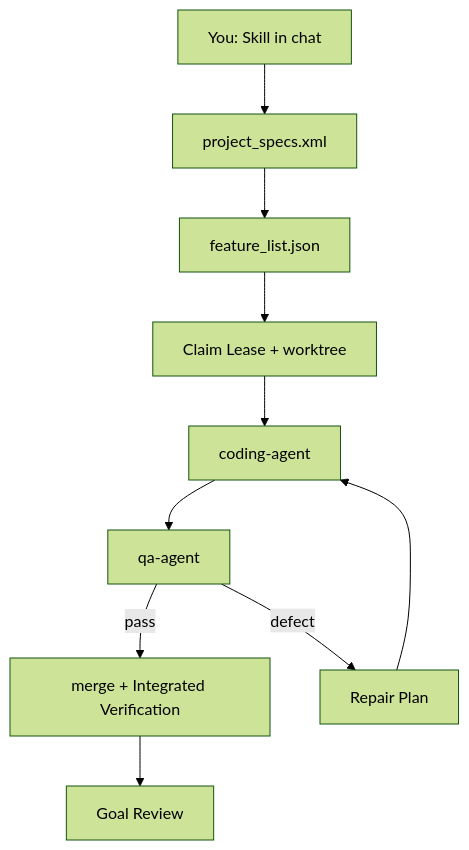
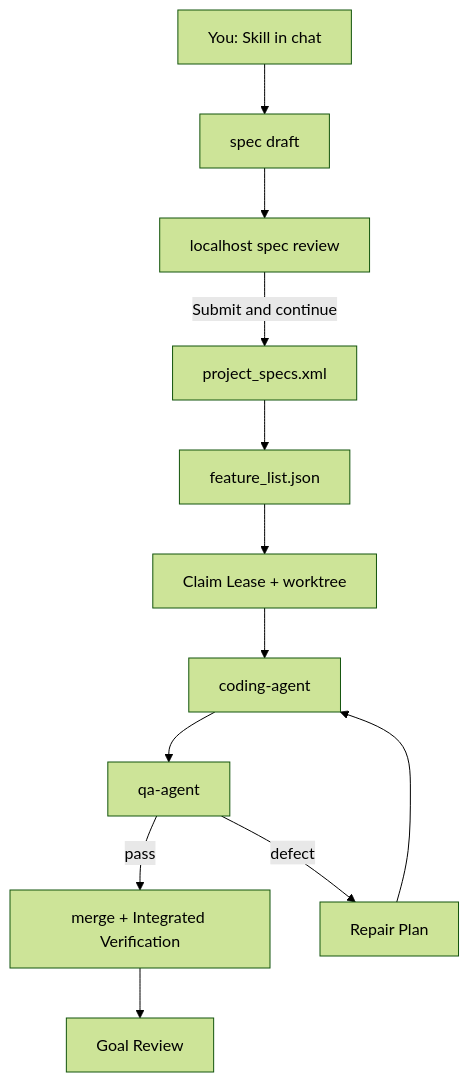
Before and after one commit to vinicius91carvalho/harness-engineering: the second of 2 diagrams in README.md, drawn with Mermaid (forest theme). The commit also changed other lines of this file and 2 other files, not shown here.

Commit message:
no-mistakes(document): Sync spec-review documentation

````diff
--- a/README.md
+++ b/README.md
@@ -121,12 +121,14 @@
 ```mermaid
 flowchart TD
-  U[You: Skill in chat] --> SPEC[project_specs.xml]
+  U[You: Skill in chat] --> DRAFT[spec draft]
+  DRAFT --> REVIEW[localhost spec review]
+  REVIEW -->|Submit and continue| SPEC[project_specs.xml]
   SPEC --> Q[feature_list.json]
   Q --> CL[Claim Lease + worktree]
   CL --> C[coding-agent]
   C --> QA[qa-agent]
   QA -->|pass| INT[merge + Integrated Verification]
   INT --> GR[Goal Review]
   QA -->|defect| RP[Repair Plan]
   RP --> C
 ```
````
